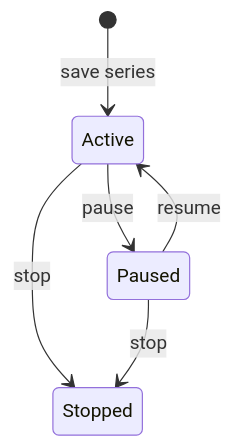
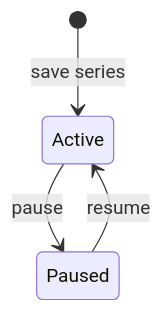
Before and after one commit to Mathotics/Keel: the second of 3 diagrams in docs/adr/ADR-021.md, drawn with Mermaid. The commit also changed other lines of this file and 17 other files, not shown here.

````diff
--- a/docs/adr/ADR-021.md
+++ b/docs/adr/ADR-021.md
@@ -115,8 +115,6 @@
 ```mermaid
 stateDiagram-v2
   [*] --> Active: save series
   Active --> Paused: pause
   Paused --> Active: resume
-  Active --> Stopped: stop
-  Paused --> Stopped: stop
 ```
````
